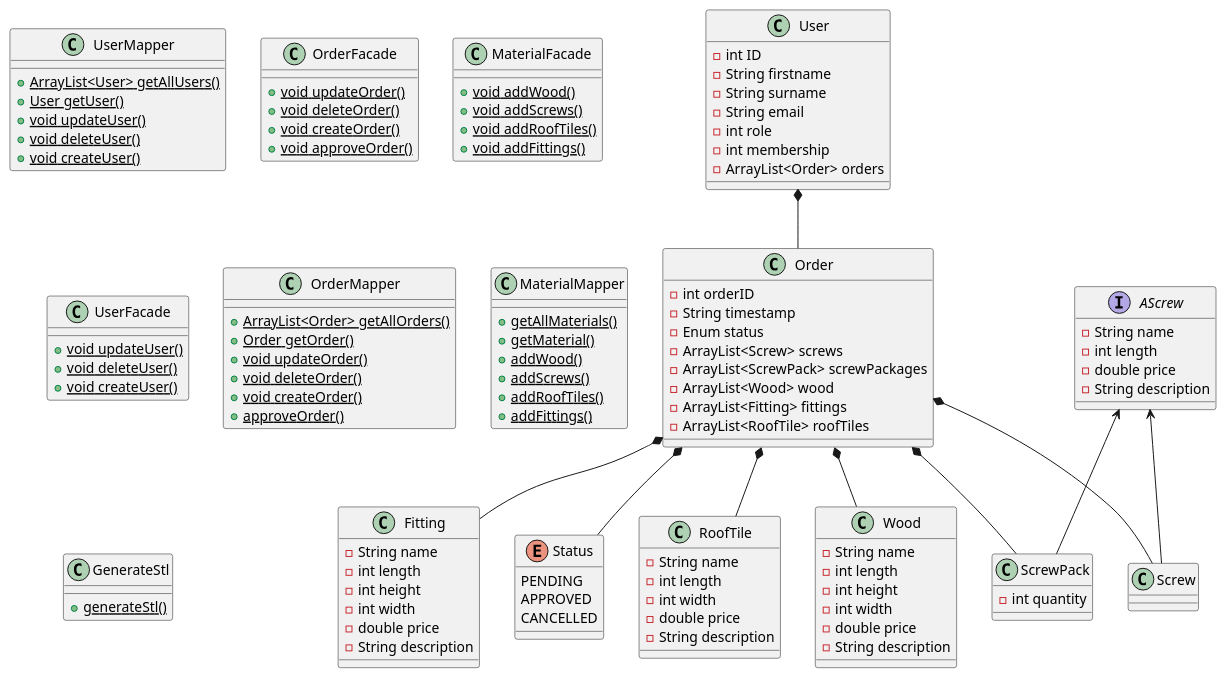
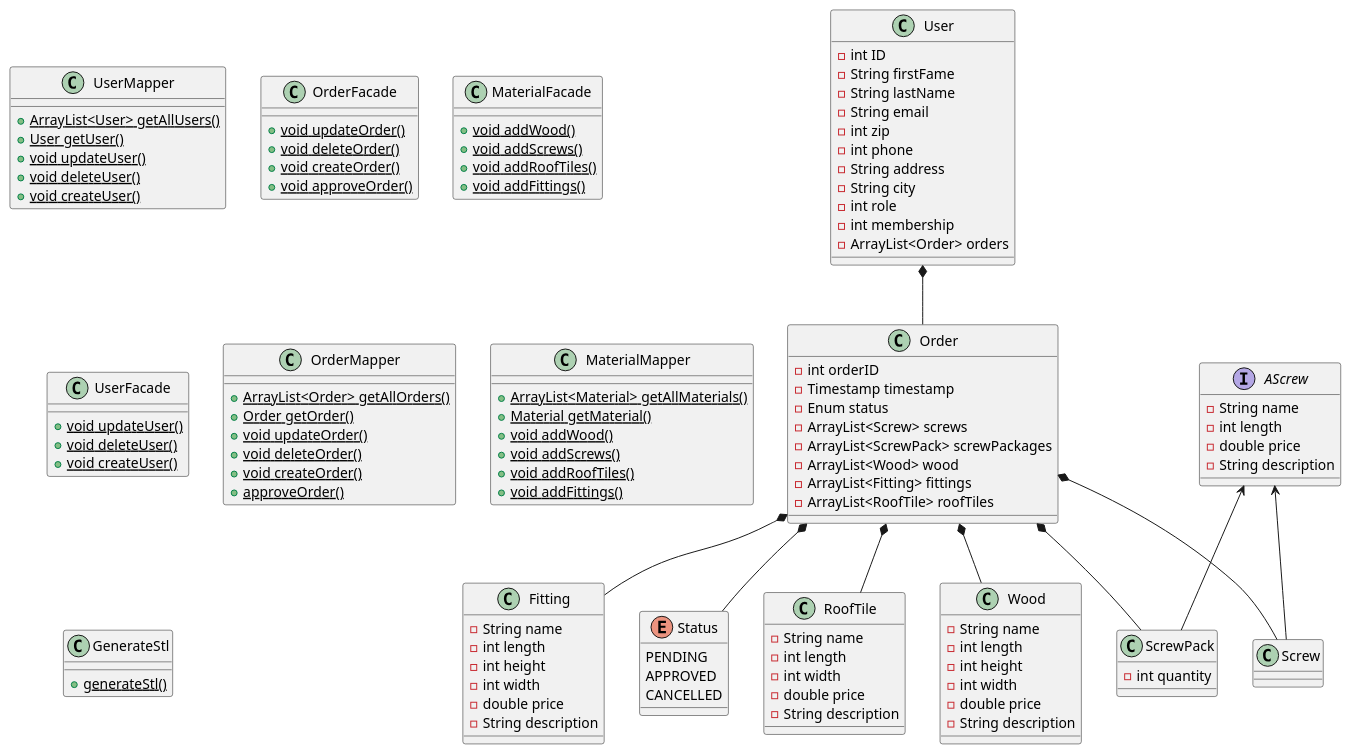
One commit to HeinLarsen/fog-carport changed the diagram in documentation/ClassDiagram.puml. Above: the diagram before and after it, drawn with PlantUML. The commit also changed 2 other files, not shown here.

```diff
--- a/documentation/ClassDiagram.puml
+++ b/documentation/ClassDiagram.puml
@@ -1,131 +1,135 @@
 @startuml
 'https://plantuml.com/class-diagram
 
 class User {
 - int ID
-- String firstname
-- String surname
+- String firstFame
+- String lastName
 - String email
+- int zip
+- int phone
+- String address
+- String city
 - int role
 - int membership
 - ArrayList<Order> orders
 }
 
 class Order {
 - int orderID
-- String timestamp
+- Timestamp timestamp
 - Enum status
 - ArrayList<Screw> screws
 - ArrayList<ScrewPack> screwPackages
 - ArrayList<Wood> wood
 - ArrayList<Fitting> fittings
 - ArrayList<RoofTile> roofTiles
 }
 
 class UserMapper{
 + {static} ArrayList<User> getAllUsers()
 + {static} User getUser()
 + {static} void updateUser()
 + {static} void deleteUser()
 + {static} void createUser()
 }
 
 class OrderFacade{
 + {static} void updateOrder()
 + {static} void deleteOrder()
 + {static} void createOrder()
 + {static} void approveOrder()
 }
 
 class MaterialFacade{
 + {static} void addWood()
 + {static} void addScrews()
 + {static} void addRoofTiles()
 + {static} void addFittings()
 }
 
 class UserFacade{
 + {static} void updateUser()
 + {static} void deleteUser()
 + {static} void createUser()
 }
 
 class OrderMapper{
 + {static} ArrayList<Order> getAllOrders()
 + {static} Order getOrder()
 + {static} void updateOrder()
 + {static} void deleteOrder()
 + {static} void createOrder()
 + {static} approveOrder()
 }
 
 class MaterialMapper{
-+ {static} getAllMaterials()
-+ {static} getMaterial()
-+ {static} addWood()
-+ {static} addScrews()
-+ {static} addRoofTiles()
-+ {static} addFittings()
++ {static} ArrayList<Material> getAllMaterials()
++ {static} Material getMaterial()
++ {static} void addWood()
++ {static} void addScrews()
++ {static} void addRoofTiles()
++ {static} void addFittings()
 }
 
 class RoofTile{
 - String name
 - int length
 - int width
 - double price
 - String description
 }
 
 class Wood{
 - String name
 - int length
 - int height
 - int width
 - double price
 - String description
 }
 
 class Fitting{
 - String name
 - int length
 - int height
 - int width
 - double price
 - String description
 }
 
 class GenerateStl {
 + {static} generateStl()
 }
 
 interface AScrew{
 - String name
 - int length
 - double price
 - String description
 }
 
 class ScrewPack{
 - int quantity
 }
 
 class Screw{
 }
 
 Enum Status {
     PENDING
     APPROVED
     CANCELLED
 }
 
 Order *-- Screw
 Order *-- ScrewPack
 Order *-- Fitting
 Order *-- RoofTile
 Order *-- Wood
 Order *-- Status
 User *-- Order
 AScrew <-- ScrewPack
 AScrew <-- Screw
 
 @enduml
```
